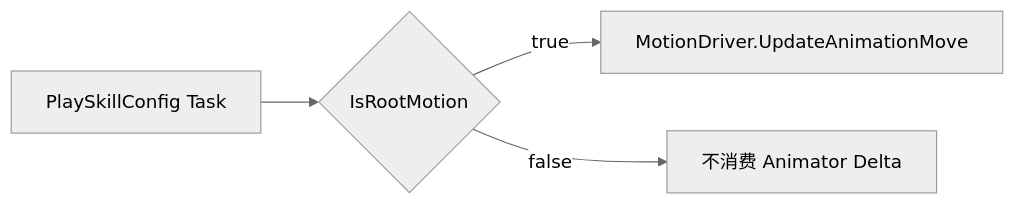
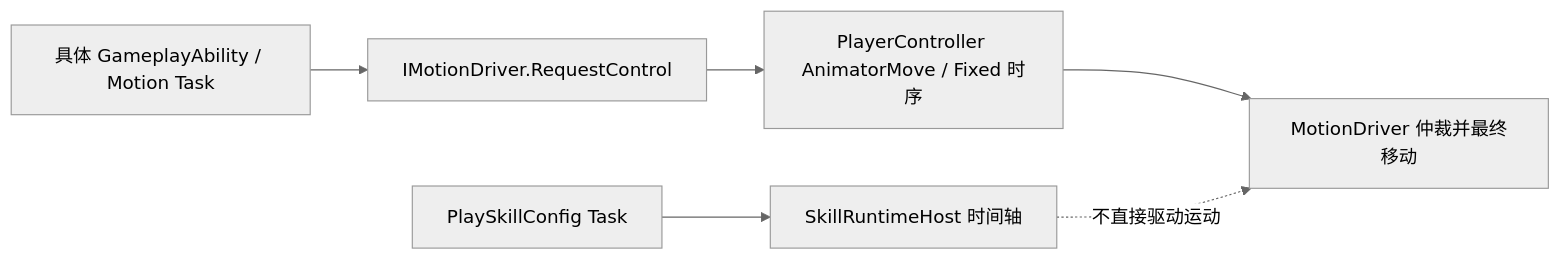
One commit to Whitesheeeep/3DRPG changed the fifth of 6 diagrams in Assets/Scripts/SkillSystem/Runtime/SkillRuntime.md. Above: the diagram before and after it, drawn with Mermaid (neutral theme). The commit also changed other lines of this file and 161 other files, not shown here.

Commit message:
1. 交互系统优化 2. 对话系统优化 3. 切换角色 1.0, 将 PlayerController.cs 与其他组件解开来

````diff
--- a/Assets/Scripts/SkillSystem/Runtime/SkillRuntime.md
+++ b/Assets/Scripts/SkillSystem/Runtime/SkillRuntime.md
@@ -151,6 +151,8 @@
 ```mermaid
 flowchart LR
-    Task["PlaySkillConfig Task"] --> Check{"IsRootMotion"}
-    Check -->|true| Driver["MotionDriver.UpdateAnimationMove"]
-    Check -->|false| Skip["不消费 Animator Delta"]
+    GA["具体 GameplayAbility / Motion Task"] --> Request["IMotionDriver.RequestControl"]
+    Request --> Resolve["PlayerController AnimatorMove / Fixed 时序"]
+    Resolve --> Driver["MotionDriver 仲裁并最终移动"]
+    Skill["PlaySkillConfig Task"] --> Timeline["SkillRuntimeHost 时间轴"]
+    Timeline -.不直接驱动运动.-> Driver
 ```
````
